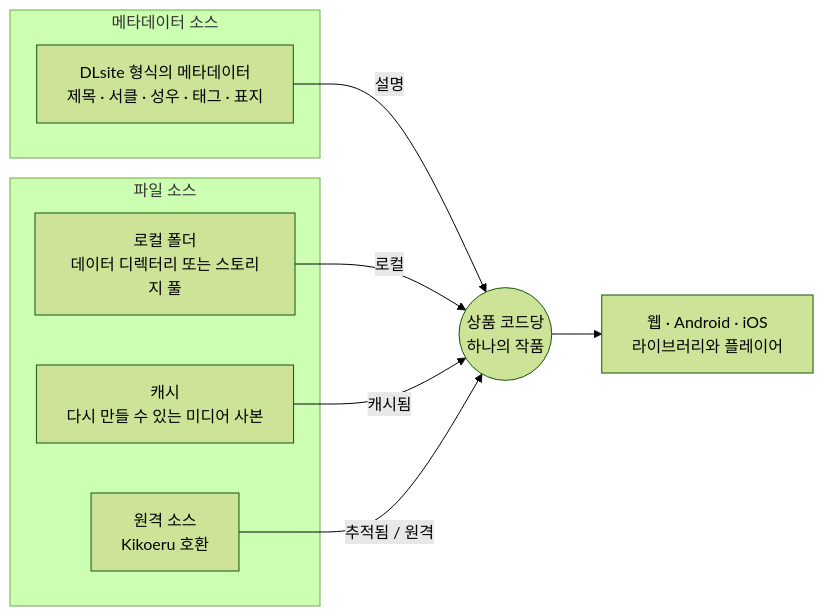
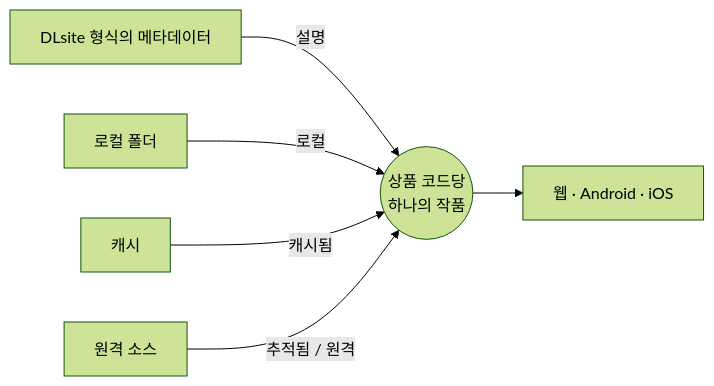
Before and after one commit to yexca/kikoto: the diagram in docs/readme/README.ko.md, drawn with Mermaid (forest theme). The commit also changed other lines of this file and 21 other files, not shown here.

````diff
--- a/docs/readme/README.ko.md
+++ b/docs/readme/README.ko.md
@@ -116,18 +96,8 @@
 ```mermaid
 flowchart LR
-  subgraph Metadata["메타데이터 소스"]
-    MD["DLsite 형식의 메타데이터<br/>제목 · 서클 · 성우 · 태그 · 표지"]
-  end
-
-  subgraph Files["파일 소스"]
-    LF["로컬 폴더<br/>데이터 디렉터리 또는 스토리지 풀"]
-    CA["캐시<br/>다시 만들 수 있는 미디어 사본"]
-    RS["원격 소스<br/>Kikoeru 호환"]
-  end
-
-  MD -- 설명 --> W(("상품 코드당<br/>하나의 작품"))
-  LF -- 로컬 --> W
-  CA -- 캐시됨 --> W
-  RS -- "추적됨 / 원격" --> W
-  W --> UI["웹 · Android · iOS<br/>라이브러리와 플레이어"]
+  MD["DLsite 형식의 메타데이터"] -- 설명 --> W(("상품 코드당<br/>하나의 작품"))
+  LF["로컬 폴더"] -- 로컬 --> W
+  CA["캐시"] -- 캐시됨 --> W
+  RS["원격 소스"] -- "추적됨 / 원격" --> W
+  W --> UI["웹 · Android · iOS"]
 ```
````
